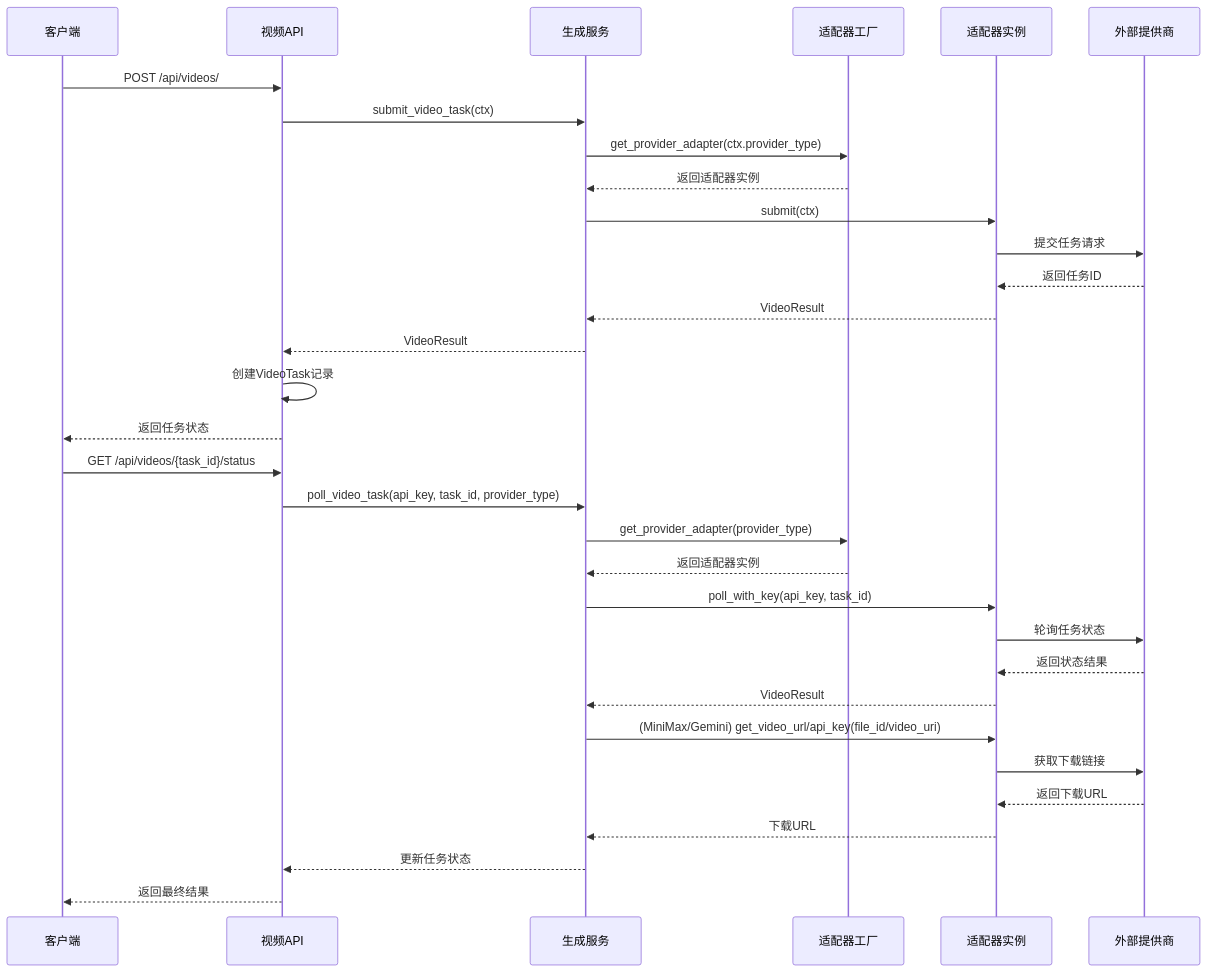
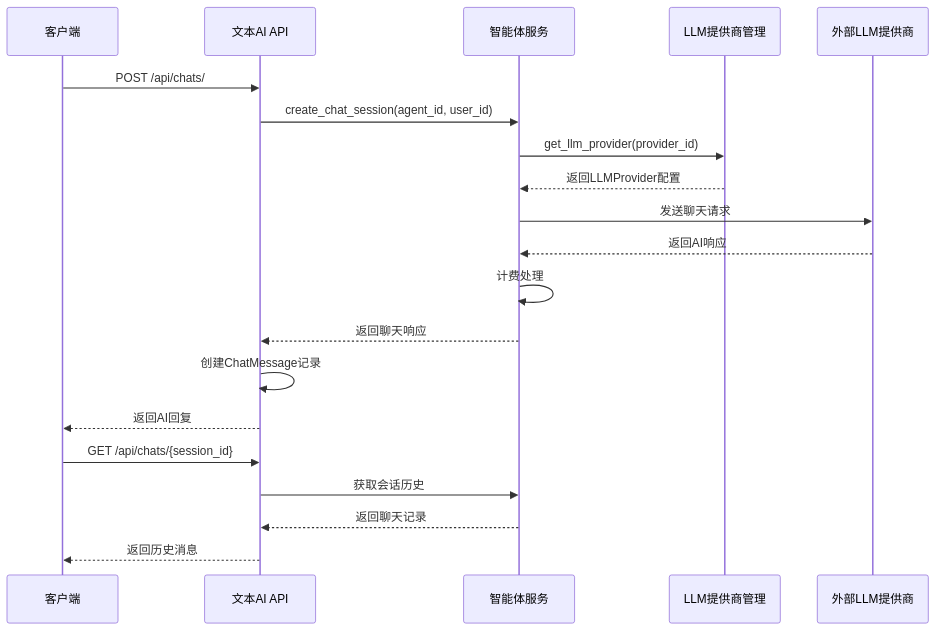
The fourth of 10 diagrams in .qoder/repowiki/zh/content/后端开发指南/视频生成系统.md (KunLabAI/KunFlix), drawn with Mermaid before and after one commit. The commit also changed other lines of this file and 43 other files, not shown here.

````diff
--- a/.qoder/repowiki/zh/content/后端开发指南/视频生成系统.md
+++ b/.qoder/repowiki/zh/content/后端开发指南/视频生成系统.md
@@ -328,34 +283,22 @@
 ```mermaid
 sequenceDiagram
 participant Client as 客户端
-participant API as 视频API
-participant Service as 生成服务
-participant Factory as 适配器工厂
-participant Adapter as 适配器实例
-participant Provider as 外部提供商
-Client->>API : POST /api/videos/
-API->>Service : submit_video_task(ctx)
-Service->>Factory : get_provider_adapter(ctx.provider_type)
-Factory-->>Service : 返回适配器实例
-Service->>Adapter : submit(ctx)
-Adapter->>Provider : 提交任务请求
-Provider-->>Adapter : 返回任务ID
-Adapter-->>Service : VideoResult
-Service-->>API : VideoResult
-API->>API : 创建VideoTask记录
-API-->>Client : 返回任务状态
-Client->>API : GET /api/videos/{task_id}/status
-API->>Service : poll_video_task(api_key, task_id, provider_type)
-Service->>Factory : get_provider_adapter(provider_type)
-Factory-->>Service : 返回适配器实例
-Service->>Adapter : poll_with_key(api_key, task_id)
-Adapter->>Provider : 轮询任务状态
-Provider-->>Adapter : 返回状态结果
-Adapter-->>Service : VideoResult
-Service->>Adapter : (MiniMax/Gemini) get_video_url/api_key(file_id/video_uri)
-Adapter->>Provider : 获取下载链接
-Provider-->>Adapter : 返回下载URL
-Adapter-->>Service : 下载URL
-Service-->>API : 更新任务状态
-API-->>Client : 返回最终结果
+participant API as 文本AI API
+participant AgentService as 智能体服务
+participant ProviderManager as LLM提供商管理
+participant Provider as 外部LLM提供商
+Client->>API : POST /api/chats/
+API->>AgentService : create_chat_session(agent_id, user_id)
+AgentService->>ProviderManager : get_llm_provider(provider_id)
+ProviderManager-->>AgentService : 返回LLMProvider配置
+AgentService->>Provider : 发送聊天请求
+Provider-->>AgentService : 返回AI响应
+AgentService->>AgentService : 计费处理
+AgentService-->>API : 返回聊天响应
+API->>API : 创建ChatMessage记录
+API-->>Client : 返回AI回复
+Client->>API : GET /api/chats/{session_id}
+API->>AgentService : 获取会话历史
+AgentService-->>API : 返回聊天记录
+API-->>Client : 返回历史消息
 ```
````
